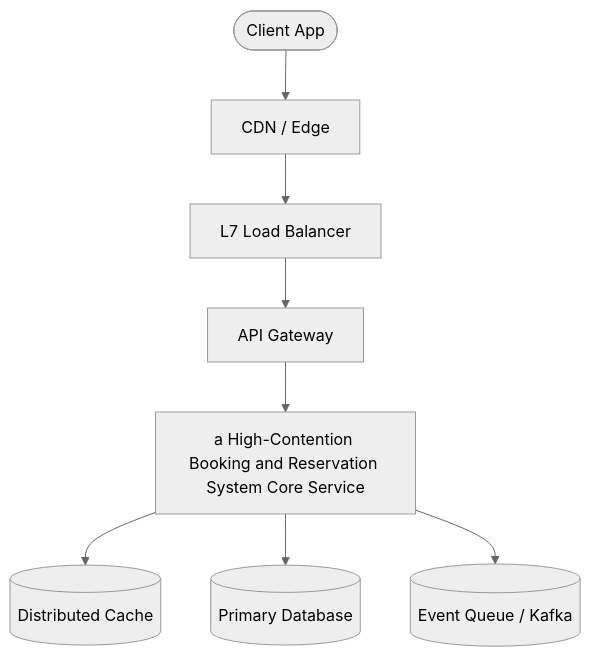
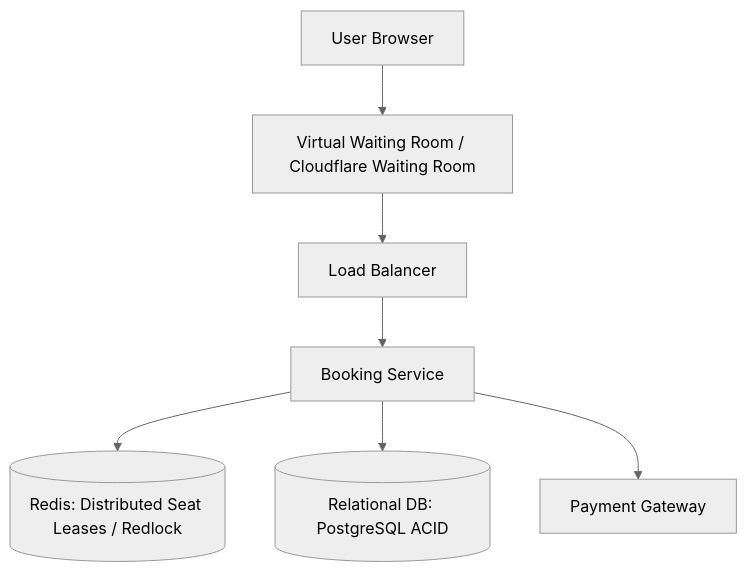
Before and after one commit to Umair9966/system-design-handbook: the first of 2 diagrams in docs/19-case-studies/15-ticket-and-hotel-booking.md, drawn with Mermaid (neutral theme). The commit also changed other lines of this file and 237 other files, not shown here.

````diff
--- a/docs/19-case-studies/15-ticket-and-hotel-booking.md
+++ b/docs/19-case-studies/15-ticket-and-hotel-booking.md
@@ -44,10 +5,10 @@
 ```mermaid
 graph TD
-    Client([Client App]) --> CDN[CDN / Edge]
-    CDN --> LB[L7 Load Balancer]
-    LB --> Gateway[API Gateway]
-    Gateway --> Service[a High-Contention Booking and Reservation System Core Service]
-    Service --> Cache[(Distributed Cache)]
-    Service --> PrimaryDB[(Primary Database)]
-    Service --> MessageQueue[(Event Queue / Kafka)]
+    Client[User Browser] --> QueueRoom[Virtual Waiting Room / Cloudflare Waiting Room]
+    QueueRoom --> LB[Load Balancer]
+    LB --> BookingAPI[Booking Service]
+    
+    BookingAPI --> LockStore[(Redis: Distributed Seat Leases / Redlock)]
+    BookingAPI --> BookingDB[(Relational DB: PostgreSQL ACID)]
+    BookingAPI --> PayGateway[Payment Gateway]
 ```
````
